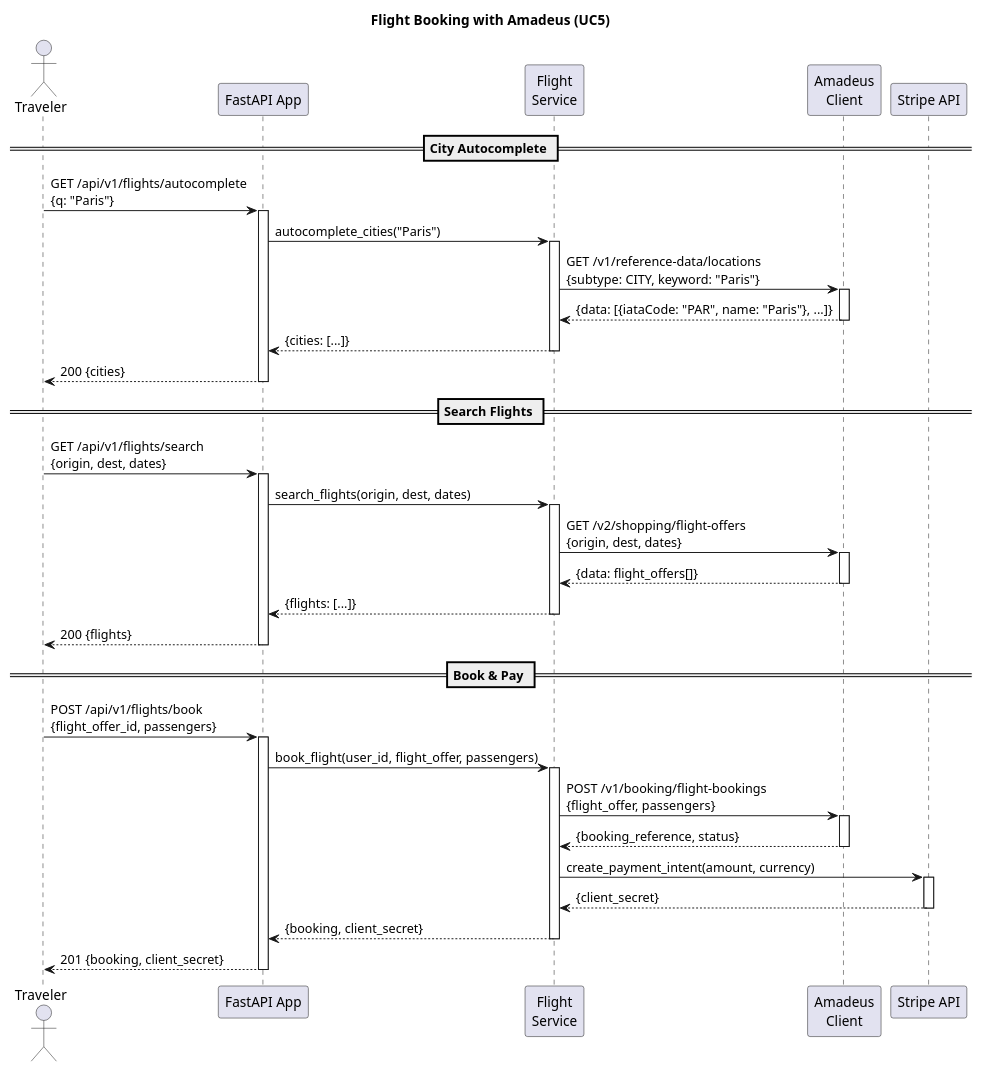
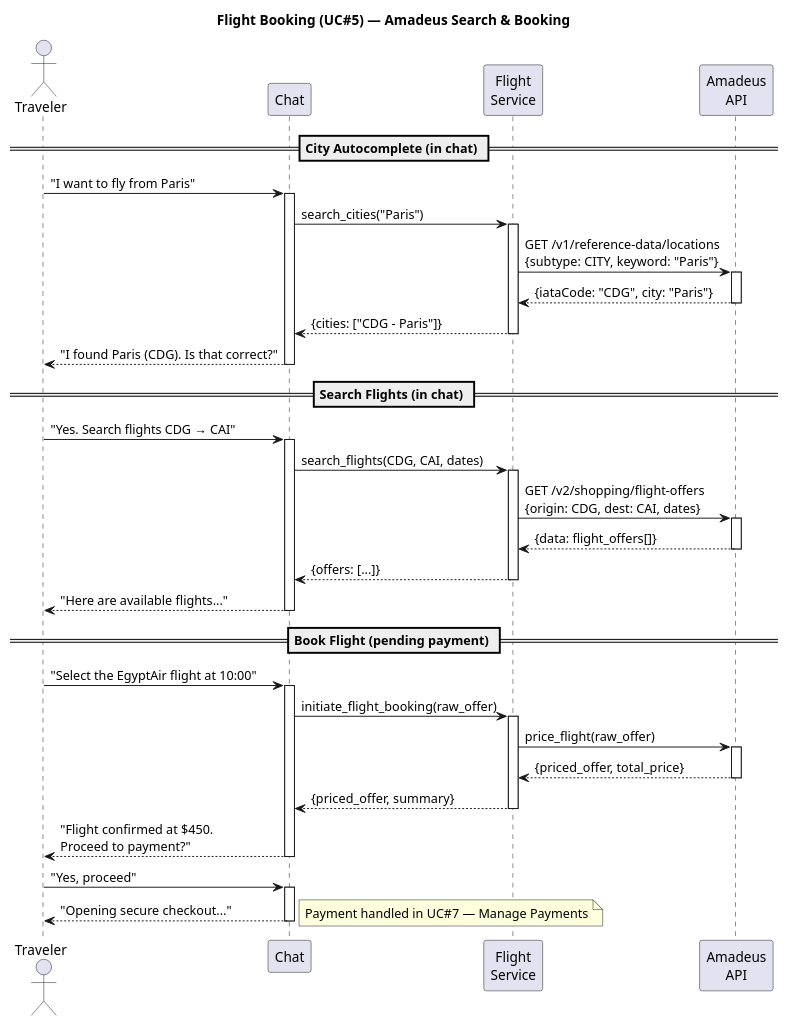
One commit to AbdelrahmanMostafa33/TourMate-AI changed the diagram in backend/docs/sequence_flight_booking.puml. Above: the diagram before and after it, drawn with PlantUML. The commit also changed 12 other files, not shown here.

First line of the commit message:
docs: separate real and simulated services in architecture docs

```diff
--- a/backend/docs/sequence_flight_booking.puml
+++ b/backend/docs/sequence_flight_booking.puml
@@ -1,72 +1,72 @@
 @startuml Flight_Booking_Flow
-title Flight Booking with Amadeus (UC5)
+title Flight Booking (UC#5) — Amadeus Search & Booking
 
 actor Traveler
-participant "FastAPI App" as API
+participant "Chat" as Chat
 participant "Flight\nService" as FltSvc
-participant "Amadeus\nClient" as Amadeus
-participant "Stripe API" as Stripe
+participant "Amadeus\nAPI" as Amadeus
 
-== City Autocomplete ==
+== City Autocomplete (in chat) ==
 
-Traveler -> API: GET /api/v1/flights/autocomplete\n{q: "Paris"}
-activate API
+Traveler -> Chat: "I want to fly from Paris"
+activate Chat
 
-API -> FltSvc: autocomplete_cities("Paris")
+Chat -> FltSvc: search_cities("Paris")
 activate FltSvc
 
 FltSvc -> Amadeus: GET /v1/reference-data/locations\n{subtype: CITY, keyword: "Paris"}
 activate Amadeus
-Amadeus --> FltSvc: {data: [{iataCode: "PAR", name: "Paris"}, ...]}
+Amadeus --> FltSvc: {iataCode: "CDG", city: "Paris"}
 deactivate Amadeus
 
-FltSvc --> API: {cities: [...]}
+FltSvc --> Chat: {cities: ["CDG - Paris"]}
 deactivate FltSvc
 
-API --> Traveler: 200 {cities}
-deactivate API
+Chat --> Traveler: "I found Paris (CDG). Is that correct?"
+deactivate Chat
 
-== Search Flights ==
+== Search Flights (in chat) ==
 
-Traveler -> API: GET /api/v1/flights/search\n{origin, dest, dates}
-activate API
+Traveler -> Chat: "Yes. Search flights CDG → CAI"
+activate Chat
 
-API -> FltSvc: search_flights(origin, dest, dates)
+Chat -> FltSvc: search_flights(CDG, CAI, dates)
 activate FltSvc
 
-FltSvc -> Amadeus: GET /v2/shopping/flight-offers\n{origin, dest, dates}
+FltSvc -> Amadeus: GET /v2/shopping/flight-offers\n{origin: CDG, dest: CAI, dates}
 activate Amadeus
 Amadeus --> FltSvc: {data: flight_offers[]}
 deactivate Amadeus
 
-FltSvc --> API: {flights: [...]}
+FltSvc --> Chat: {offers: [...]}
 deactivate FltSvc
 
-API --> Traveler: 200 {flights}
-deactivate API
+Chat --> Traveler: "Here are available flights..."
+deactivate Chat
 
-== Book & Pay ==
+== Book Flight (pending payment) ==
 
-Traveler -> API: POST /api/v1/flights/book\n{flight_offer_id, passengers}
-activate API
+Traveler -> Chat: "Select the EgyptAir flight at 10:00"
+activate Chat
 
-API -> FltSvc: book_flight(user_id, flight_offer, passengers)
+Chat -> FltSvc: initiate_flight_booking(raw_offer)
 activate FltSvc
 
-FltSvc -> Amadeus: POST /v1/booking/flight-bookings\n{flight_offer, passengers}
+FltSvc -> Amadeus: price_flight(raw_offer)
 activate Amadeus
-Amadeus --> FltSvc: {booking_reference, status}
+Amadeus --> FltSvc: {priced_offer, total_price}
 deactivate Amadeus
 
-FltSvc -> Stripe: create_payment_intent(amount, currency)
-activate Stripe
-Stripe --> FltSvc: {client_secret}
-deactivate Stripe
-
-FltSvc --> API: {booking, client_secret}
+FltSvc --> Chat: {priced_offer, summary}
 deactivate FltSvc
 
-API --> Traveler: 201 {booking, client_secret}
-deactivate API
+Chat --> Traveler: "Flight confirmed at $450.\nProceed to payment?"
+deactivate Chat
+
+Traveler -> Chat: "Yes, proceed"
+activate Chat
+Chat --> Traveler: "Opening secure checkout..."
+note right: Payment handled in UC#7 — Manage Payments
+deactivate Chat
 
 @enduml
```
